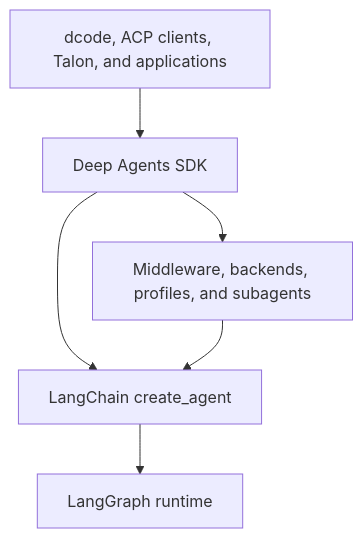
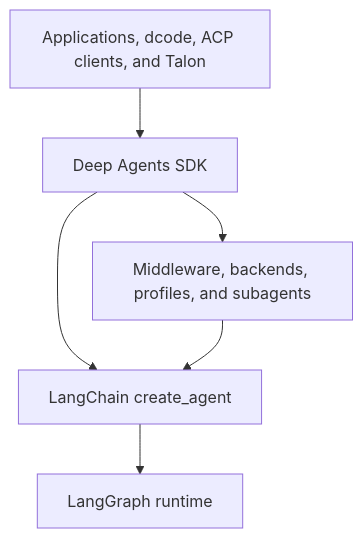
The first of 2 diagrams in openwiki/architecture/overview.md (langchain-ai/deepagents), drawn with Mermaid before and after one commit. The commit also changed other lines of this file and 62 other files, not shown here.

````diff
--- a/openwiki/architecture/overview.md
+++ b/openwiki/architecture/overview.md
@@ -62,8 +50,8 @@
 ```mermaid
 flowchart TD
-  Products["dcode, ACP clients, Talon, and applications"] --> SDK["Deep Agents SDK"]
+  Products["Applications, dcode, ACP clients, and Talon"] --> SDK["Deep Agents SDK"]
   SDK --> LC["LangChain create_agent"]
   LC --> LG["LangGraph runtime"]
   SDK --> Harness["Middleware, backends, profiles, and subagents"]
   Harness --> LC
 ```
````
